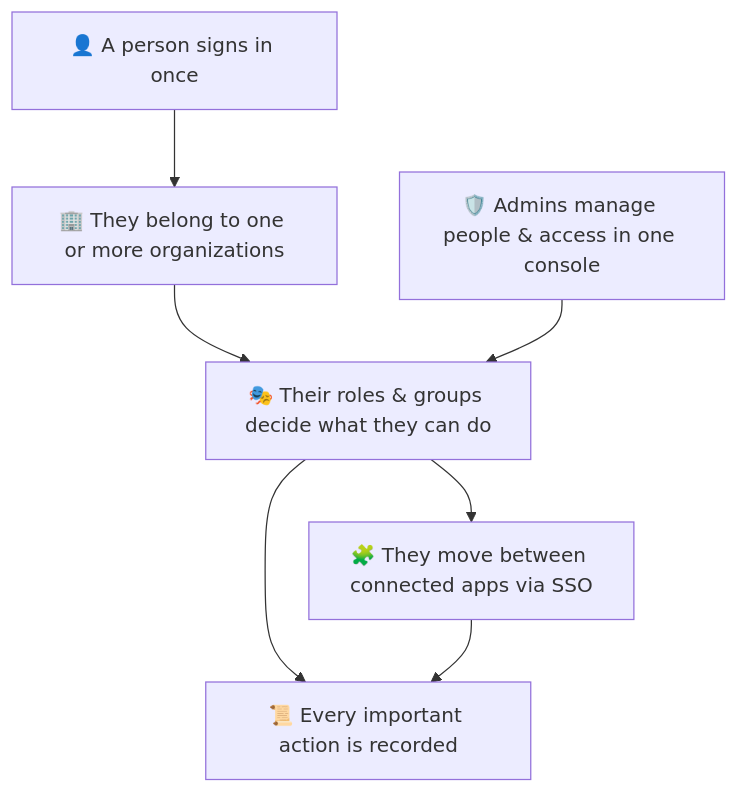
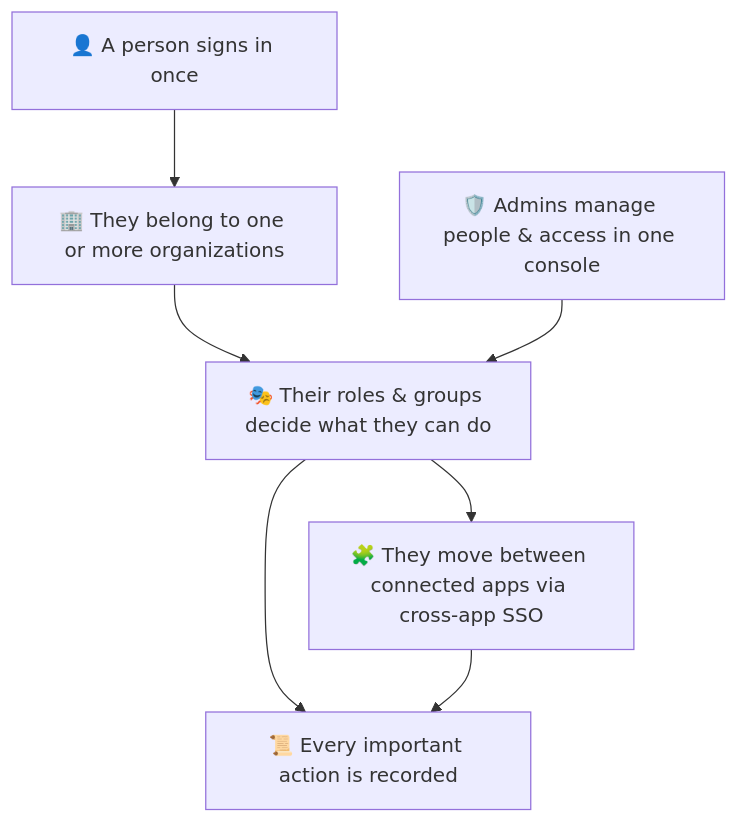
Before and after one commit to devresponse/devresponsekit: the second of 2 diagrams in docs/product-overview.md, drawn with Mermaid. The commit also changed other lines of this file and 60 other files, not shown here.

````diff
--- a/docs/product-overview.md
+++ b/docs/product-overview.md
@@ -173,14 +175,14 @@
 ```mermaid
 flowchart TB
     User["👤 A person signs in once"]
     Org["🏢 They belong to one or more organizations"]
     Role["🎭 Their roles & groups decide what they can do"]
-    Apps["🧩 They move between connected apps via SSO"]
+    Apps["🧩 They move between connected apps via cross-app SSO"]
     Admin["🛡️ Admins manage people & access in one console"]
     Audit["📜 Every important action is recorded"]
 
     User --> Org --> Role --> Apps
     Admin --> Role
     Role --> Audit
     Apps --> Audit
 ```
````
